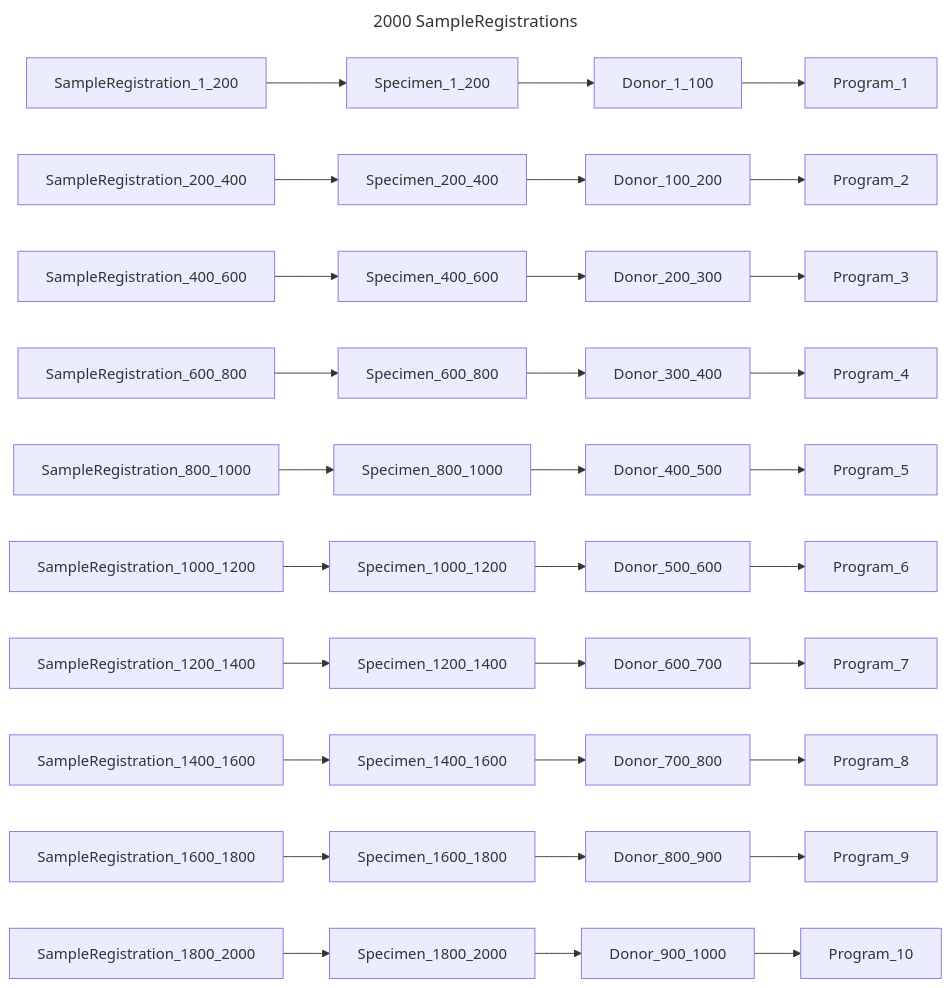
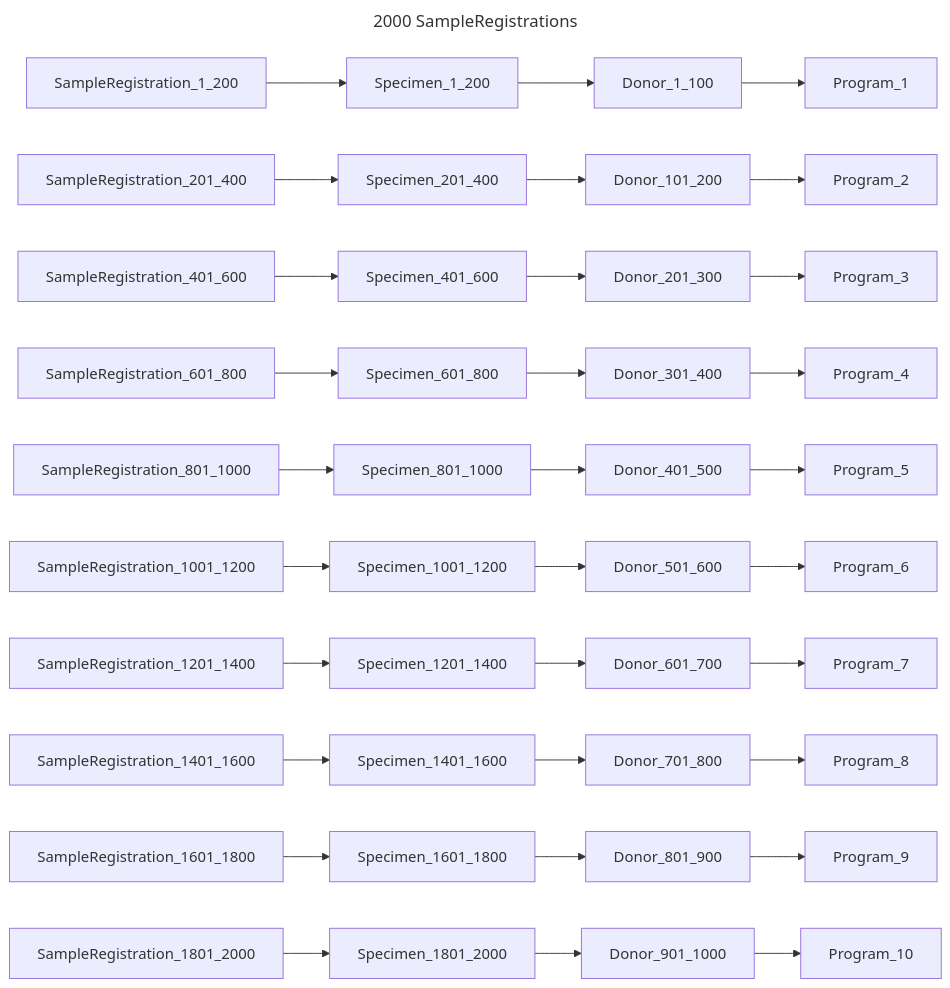
Before and after one commit to bento-platform/katsu: the fourth of 13 diagrams in chord_metadata_service/mohpackets/data/large_dataset/README.md, drawn with Mermaid. The commit also changed other lines of this file, not shown here.

````diff
--- a/chord_metadata_service/mohpackets/data/large_dataset/README.md
+++ b/chord_metadata_service/mohpackets/data/large_dataset/README.md
@@ -64,16 +64,16 @@
 ```mermaid
 ---
 title: 2000 SampleRegistrations
 ---
 graph LR;  
   SampleRegistration_1_200 --> Specimen_1_200 --> Donor_1_100 --> Program_1;
-  SampleRegistration_200_400 --> Specimen_200_400 --> Donor_100_200 --> Program_2;  
-  SampleRegistration_400_600 --> Specimen_400_600 --> Donor_200_300 --> Program_3;  
-  SampleRegistration_600_800 --> Specimen_600_800 --> Donor_300_400 --> Program_4;  
-  SampleRegistration_800_1000 --> Specimen_800_1000 --> Donor_400_500 --> Program_5;  
-  SampleRegistration_1000_1200 --> Specimen_1000_1200 --> Donor_500_600 --> Program_6;  
-  SampleRegistration_1200_1400 --> Specimen_1200_1400 --> Donor_600_700 --> Program_7;  
-  SampleRegistration_1400_1600 --> Specimen_1400_1600 --> Donor_700_800 --> Program_8;  
-  SampleRegistration_1600_1800 --> Specimen_1600_1800 --> Donor_800_900 --> Program_9;
-  SampleRegistration_1800_2000 --> Specimen_1800_2000 --> Donor_900_1000 --> Program_10;  
+  SampleRegistration_201_400 --> Specimen_201_400 --> Donor_101_200 --> Program_2;  
+  SampleRegistration_401_600 --> Specimen_401_600 --> Donor_201_300 --> Program_3;  
+  SampleRegistration_601_800 --> Specimen_601_800 --> Donor_301_400 --> Program_4;  
+  SampleRegistration_801_1000 --> Specimen_801_1000 --> Donor_401_500 --> Program_5;  
+  SampleRegistration_1001_1200 --> Specimen_1001_1200 --> Donor_501_600 --> Program_6;  
+  SampleRegistration_1201_1400 --> Specimen_1201_1400 --> Donor_601_700 --> Program_7;  
+  SampleRegistration_1401_1600 --> Specimen_1401_1600 --> Donor_701_800 --> Program_8;  
+  SampleRegistration_1601_1800 --> Specimen_1601_1800 --> Donor_801_900 --> Program_9;
+  SampleRegistration_1801_2000 --> Specimen_1801_2000 --> Donor_901_1000 --> Program_10;  
 ```
````
